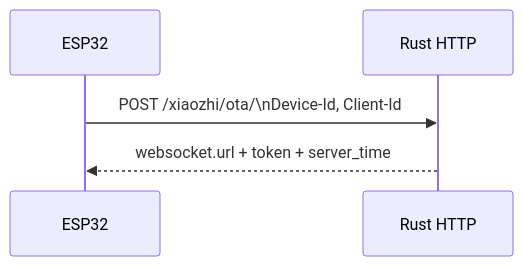
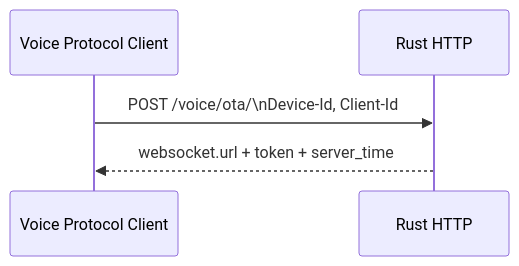
Before and after one commit to hailp-vn38/ai-agent-voice: the first of 3 diagrams in docs/flows/01-websocket.md, drawn with Mermaid. The commit also changed other lines of this file and 33 other files, not shown here.

````diff
--- a/docs/flows/01-websocket.md
+++ b/docs/flows/01-websocket.md
@@ -9,7 +9,7 @@
 ```mermaid
 sequenceDiagram
-    participant ESP as ESP32
+    participant CLIENT as Voice Protocol Client
     participant HTTP as Rust HTTP
-    ESP->>HTTP: POST /xiaozhi/ota/\nDevice-Id, Client-Id
-    HTTP-->>ESP: websocket.url + token + server_time
+    CLIENT->>HTTP: POST /voice/ota/\nDevice-Id, Client-Id
+    HTTP-->>CLIENT: websocket.url + token + server_time
 ```
````
